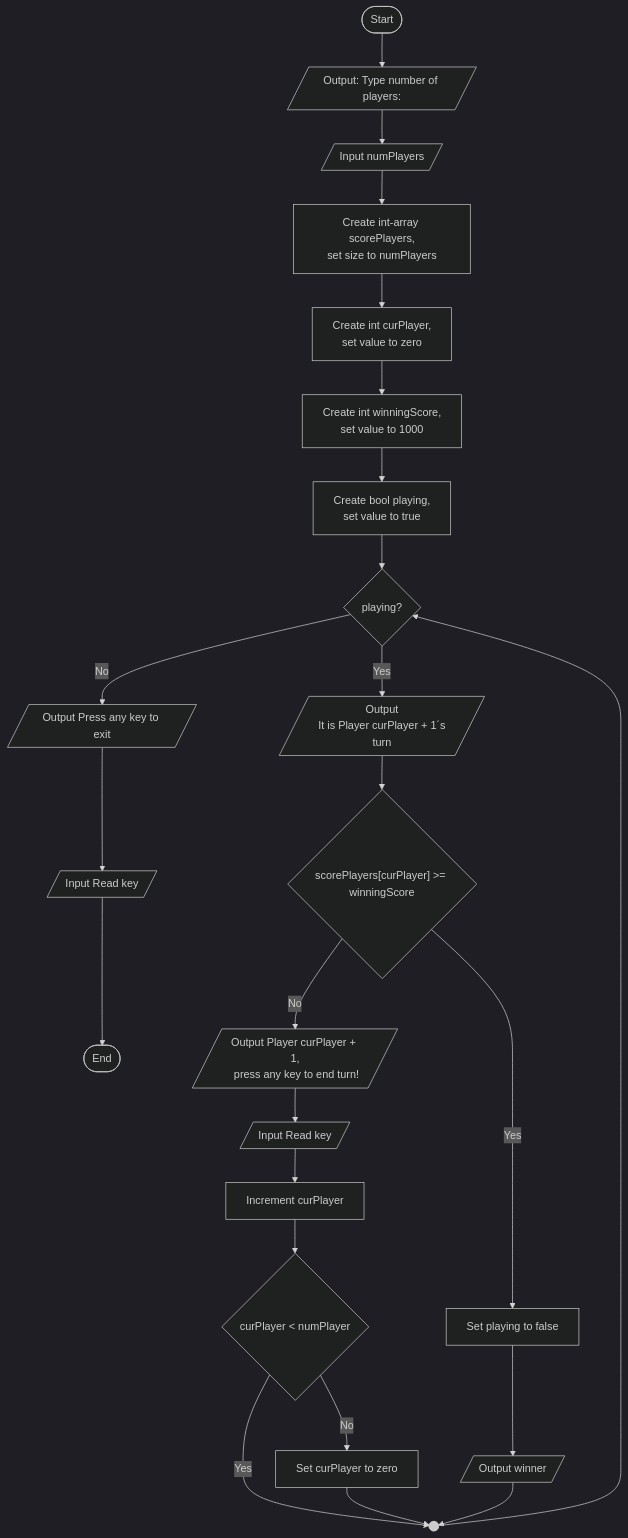
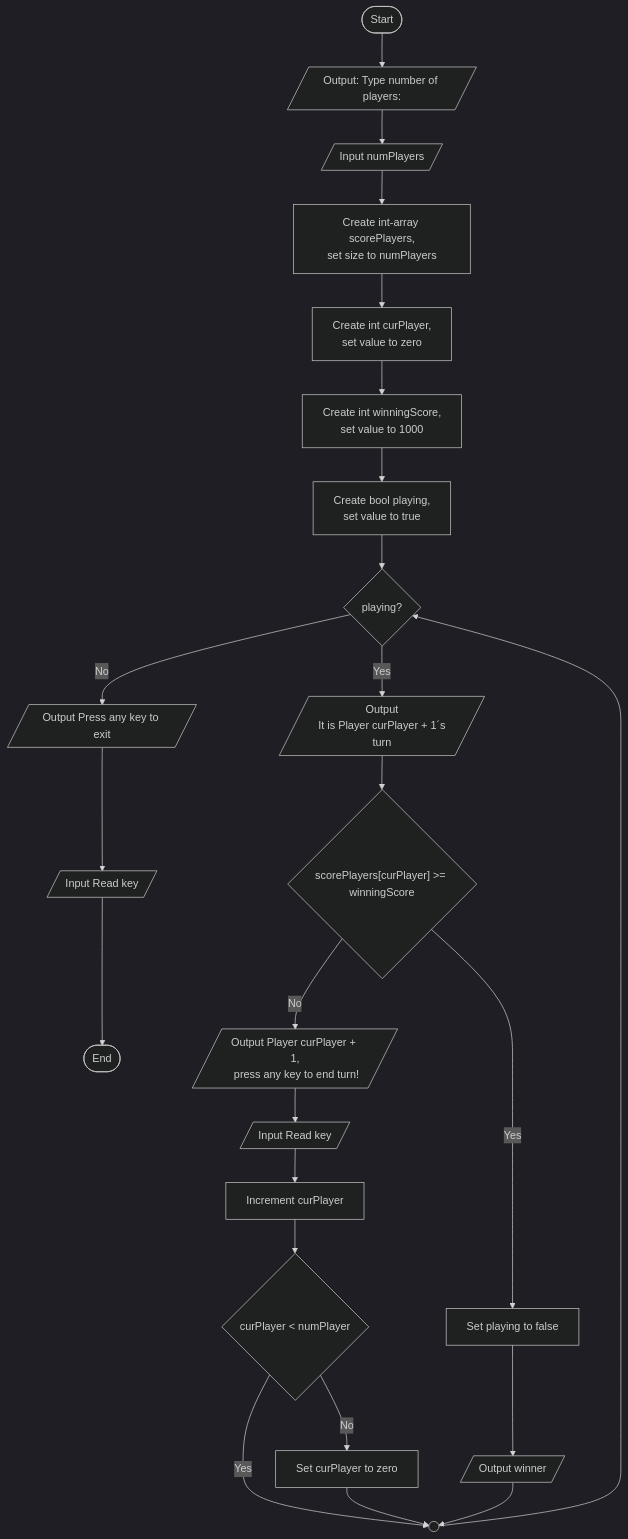
The diagram in docs/DiceGame/Gide1-Players.md (LbsLund/Assignments), drawn with Mermaid (dark theme) before and after one commit.

````diff
--- a/docs/DiceGame/Gide1-Players.md
+++ b/docs/DiceGame/Gide1-Players.md
@@ -14,29 +14,27 @@
 ```mermaid
 graph TD
 
 Start([Start])-->OutNumPlayer[/Output: Type number of players:/]
 OutNumPlayer-->InNumPlayers[/Input numPlayers/]
 InNumPlayers-->CreatePlayers[Create int-array scorePlayers,<br/>set size to numPlayers]
 CreatePlayers-->CreateCurrentPlayer[Create int curPlayer,<br/>set value to zero]
 CreateCurrentPlayer-->CreateWinniongScore[Create int winningScore,<br/>set value to 1000]
 CreateWinniongScore-->CreatePlaying[Create bool playing,<br/>set value to true]
 CreatePlaying-->GameLoop{playing?}
 GameLoop-- No -->GameOver[/Output Press any key to exit/]
 GameOver-->EndGame[/Input Read key/]
 EndGame-->End([End])
 GameLoop-- Yes -->OutputPlayer[/Output<br/> It is Player curPlayer + 1´s turn/]
 OutputPlayer-->DecideWinner{"scorePlayers[curPlayer] >= winningScore"}
 DecideWinner-- No -->TurnOver[/"Output Player curPlayer + 1,<br/> press any key to end turn!"/]
 TurnOver-->InKey2[/Input Read key/]
 InKey2-->IncrementPlayer[Increment curPlayer]
 IncrementPlayer-->ChangePlayer{curPlayer < numPlayer}
 ChangePlayer-- Yes -->GameLoopConector(( ))
 ChangePlayer-- No -->ResetPlayer[Set curPlayer to zero]
 DecideWinner-- Yes -->PlayingFalse[Set playing to false]
 PlayingFalse-->Winner[/Output winner/]
 ResetPlayer-->GameLoopConector
+Winner-->GameLoopConector
 GameLoopConector-->GameLoop
-Winner-->GameLoopConector
-
-GameLoopConector@{ shape: f-circ, label: "Junction" }
 ```
````
